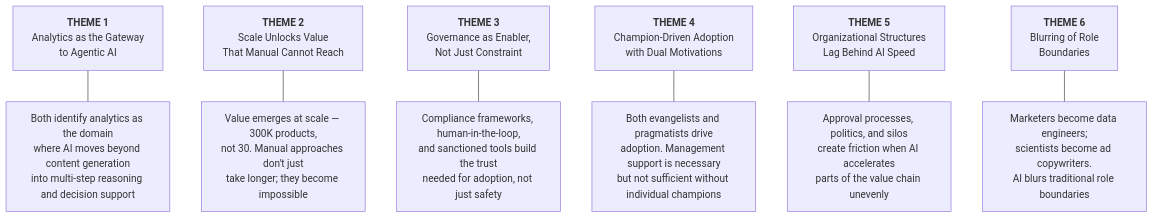
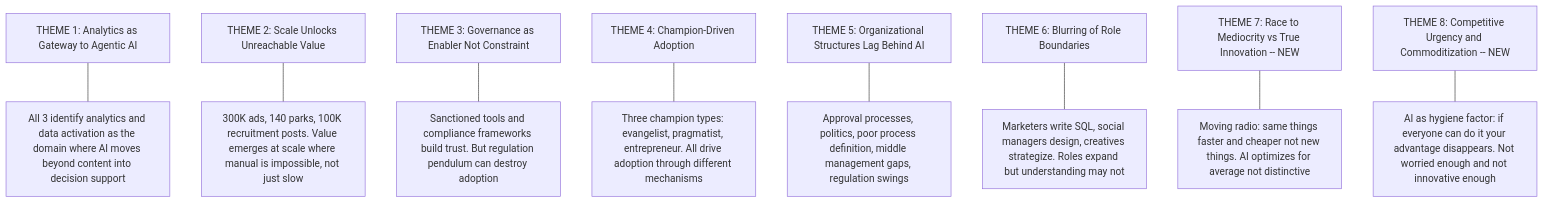
The third of 4 diagrams in transcript-codes/Cross-Case Code Alignment.md (Luttik/thesis), drawn with Mermaid before and after one commit. The commit also changed other lines of this file and 3 other files, not shown here.

````diff
--- a/transcript-codes/Cross-Case Code Alignment.md
+++ b/transcript-codes/Cross-Case Code Alignment.md
@@ -167,16 +150,20 @@
 ```mermaid
 graph TD
-    T1["<b>THEME 1</b><br/>Analytics as the Gateway<br/>to Agentic AI"]
-    T2["<b>THEME 2</b><br/>Scale Unlocks Value<br/>That Manual Cannot Reach"]
-    T3["<b>THEME 3</b><br/>Governance as Enabler,<br/>Not Just Constraint"]
-    T4["<b>THEME 4</b><br/>Champion-Driven Adoption<br/>with Dual Motivations"]
-    T5["<b>THEME 5</b><br/>Organizational Structures<br/>Lag Behind AI Speed"]
-    T6["<b>THEME 6</b><br/>Blurring of Role<br/>Boundaries"]
+    T1["THEME 1: Analytics as Gateway to Agentic AI"]
+    T2["THEME 2: Scale Unlocks Unreachable Value"]
+    T3["THEME 3: Governance as Enabler Not Constraint"]
+    T4["THEME 4: Champion-Driven Adoption"]
+    T5["THEME 5: Organizational Structures Lag Behind AI"]
+    T6["THEME 6: Blurring of Role Boundaries"]
+    T7["THEME 7: Race to Mediocrity vs True Innovation -- NEW"]
+    T8["THEME 8: Competitive Urgency and Commoditization -- NEW"]
 
-    T1 --- T1a["Both identify analytics as the domain<br/>where AI moves beyond content generation<br/>into multi-step reasoning and decision support"]
-    T2 --- T2a["Value emerges at scale — 300K products,<br/>not 30. Manual approaches don't just<br/>take longer; they become impossible"]
-    T3 --- T3a["Compliance frameworks, human-in-the-loop,<br/>and sanctioned tools build the trust<br/>needed for adoption, not just safety"]
-    T4 --- T4a["Both evangelists and pragmatists drive<br/>adoption. Management support is necessary<br/>but not sufficient without individual champions"]
-    T5 --- T5a["Approval processes, politics, and silos<br/>create friction when AI accelerates<br/>parts of the value chain unevenly"]
-    T6 --- T6a["Marketers become data engineers;<br/>scientists become ad copywriters.<br/>AI blurs traditional role boundaries"]
+    T1 --- T1a["All 3 identify analytics and data activation as the domain where AI moves beyond content into decision support"]
+    T2 --- T2a["300K ads, 140 parks, 100K recruitment posts. Value emerges at scale where manual is impossible, not just slow"]
+    T3 --- T3a["Sanctioned tools and compliance frameworks build trust. But regulation pendulum can destroy adoption"]
+    T4 --- T4a["Three champion types: evangelist, pragmatist, entrepreneur. All drive adoption through different mechanisms"]
+    T5 --- T5a["Approval processes, politics, poor process definition, middle management gaps, regulation swings"]
+    T6 --- T6a["Marketers write SQL, social managers design, creatives strategize. Roles expand but understanding may not"]
+    T7 --- T7a["Moving radio: same things faster and cheaper not new things. AI optimizes for average not distinctive"]
+    T8 --- T8a["AI as hygiene factor: if everyone can do it your advantage disappears. Not worried enough and not innovative enough"]
 ```
````
